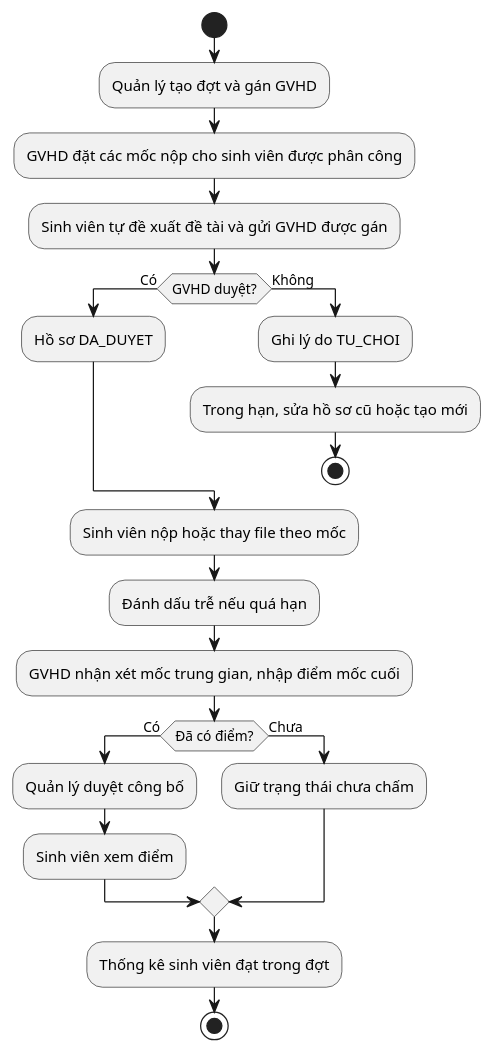
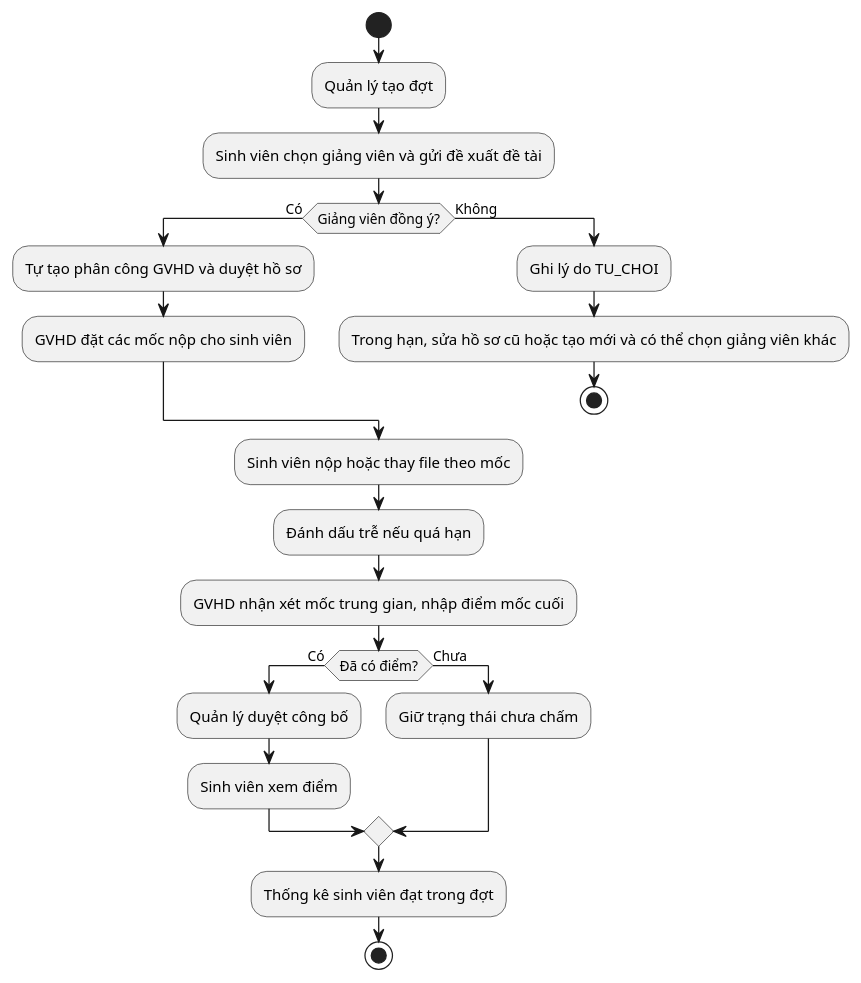
The sixth of 6 diagrams in 02-so-do-uml.md (lam-vu6868/HTQL_TieuLuan_DoAN), drawn with PlantUML before and after one commit. The commit also changed other lines of this file and 17 other files, not shown here.

````diff
--- a/02-so-do-uml.md
+++ b/02-so-do-uml.md
@@ -212,26 +213,26 @@
 ```plantuml
 @startuml
 start
-:Quản lý tạo đợt và gán GVHD;
-:GVHD đặt các mốc nộp cho sinh viên được phân công;
-:Sinh viên tự đề xuất đề tài và gửi GVHD được gán;
-if (GVHD duyệt?) then (Có)
-  :Hồ sơ DA_DUYET;
+:Quản lý tạo đợt;
+:Sinh viên chọn giảng viên và gửi đề xuất đề tài;
+if (Giảng viên đồng ý?) then (Có)
+  :Tự tạo phân công GVHD và duyệt hồ sơ;
+  :GVHD đặt các mốc nộp cho sinh viên;
 else (Không)
   :Ghi lý do TU_CHOI;
-  :Trong hạn, sửa hồ sơ cũ hoặc tạo mới;
+  :Trong hạn, sửa hồ sơ cũ hoặc tạo mới và có thể chọn giảng viên khác;
   stop
 endif
 :Sinh viên nộp hoặc thay file theo mốc;
 :Đánh dấu trễ nếu quá hạn;
 :GVHD nhận xét mốc trung gian, nhập điểm mốc cuối;
 if (Đã có điểm?) then (Có)
   :Quản lý duyệt công bố;
   :Sinh viên xem điểm;
 else (Chưa)
   :Giữ trạng thái chưa chấm;
 endif
 :Thống kê sinh viên đạt trong đợt;
 stop
 @enduml
 ```
````
